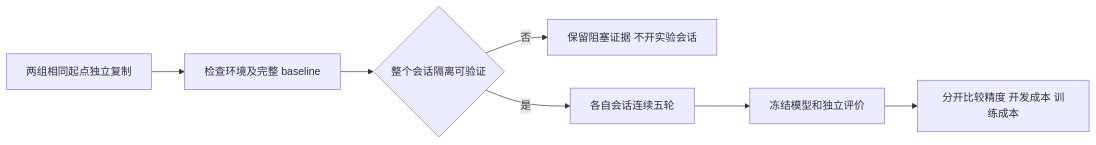
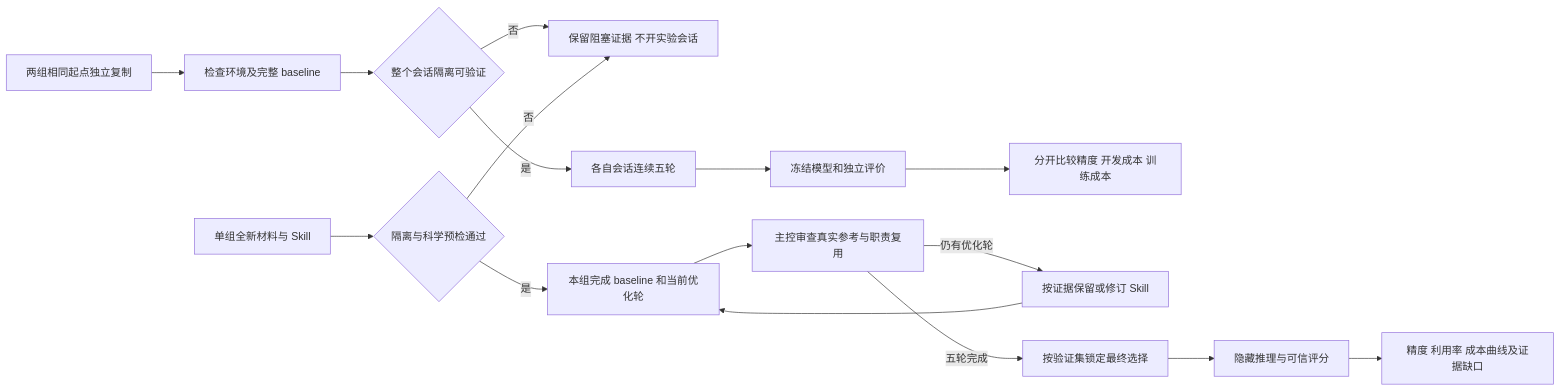
The third of 4 diagrams in docs/PRD/recipes/parametric_pde/PRD.md (qweaxdzsc/AI4E_dojo), drawn with Mermaid before and after one commit. The commit also changed other lines of this file and 1030 other files, not shown here.

````diff
--- a/docs/PRD/recipes/parametric_pde/PRD.md
+++ b/docs/PRD/recipes/parametric_pde/PRD.md
@@ -97,9 +105,18 @@
 ```mermaid
 flowchart LR
  A[两组相同起点独立复制] --> B[检查环境及完整 baseline]
  B --> C{整个会话隔离可验证}
  C -->|否| D[保留阻塞证据 不开实验会话]
  C -->|是| E[各自会话连续五轮]
  E --> F[冻结模型和独立评价]
  F --> G[分开比较精度 开发成本 训练成本]
+ A2[单组全新材料与 Skill] --> C2{隔离与科学预检通过}
+ C2 -->|否| D
+ C2 -->|是| E2[本组完成 baseline 和当前优化轮]
+ E2 --> R[主控审查真实参考与职责复用]
+ R -->|仍有优化轮| S[按证据保留或修订 Skill]
+ S --> E2
+ R -->|五轮完成| L[按验证集锁定最终选择]
+ L --> H[隐藏推理与可信评分]
+ H --> G2[精度 利用率 成本曲线及证据缺口]
 ```
````
